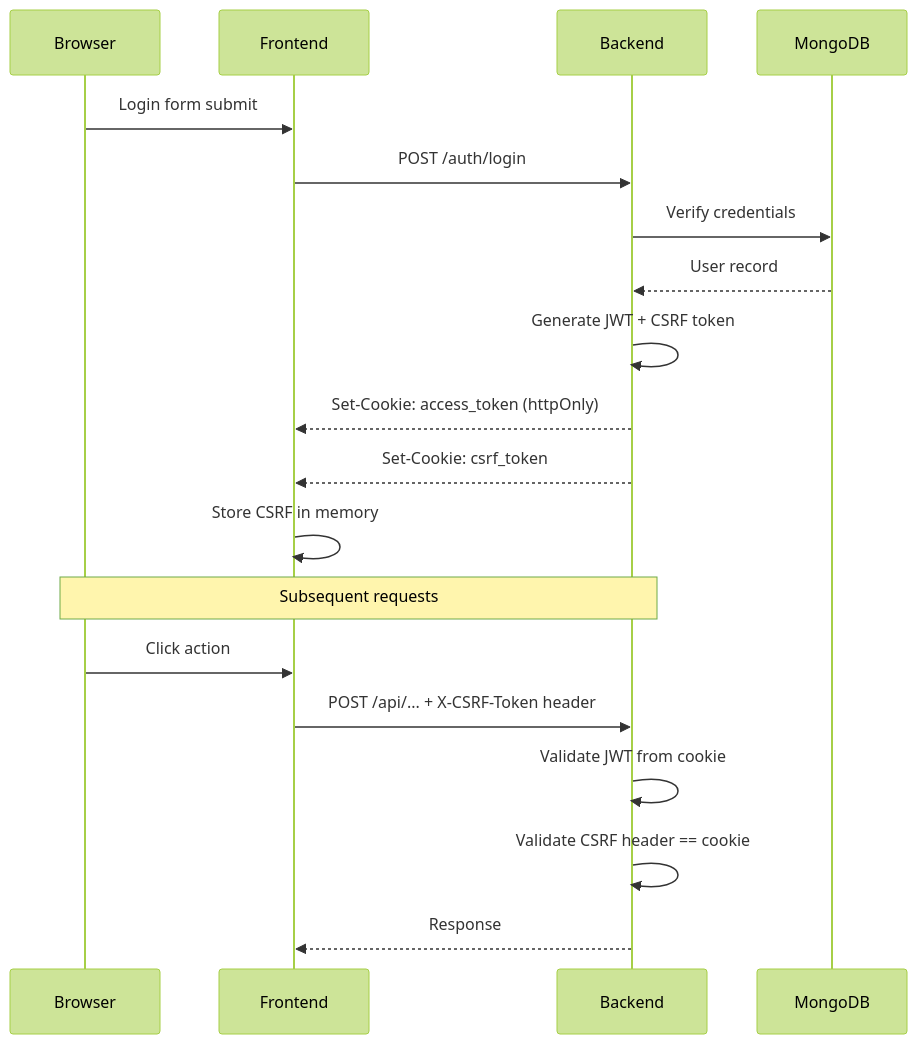
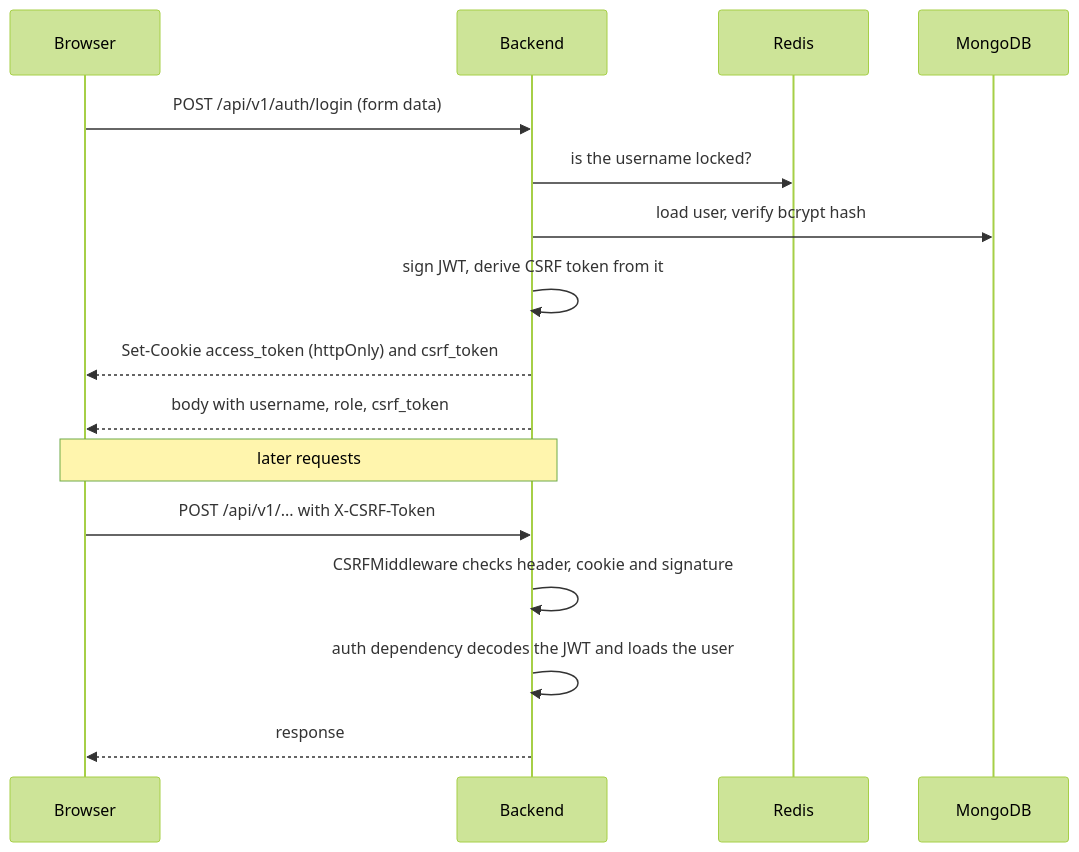
One commit to HardMax71/Integr8sCode changed the diagram in docs/architecture/authentication.md. Above: the diagram before and after it, drawn with Mermaid (forest theme). The commit also changed other lines of this file and 304 other files, not shown here.

````diff
--- a/docs/architecture/authentication.md
+++ b/docs/architecture/authentication.md
@@ -8,23 +5,20 @@
 ```mermaid
 sequenceDiagram
     participant Browser
-    participant Frontend
     participant Backend
+    participant Redis
     participant MongoDB
 
-    Browser->>Frontend: Login form submit
-    Frontend->>Backend: POST /auth/login
-    Backend->>MongoDB: Verify credentials
-    MongoDB-->>Backend: User record
-    Backend->>Backend: Generate JWT + CSRF token
-    Backend-->>Frontend: Set-Cookie: access_token (httpOnly)
-    Backend-->>Frontend: Set-Cookie: csrf_token
-    Frontend->>Frontend: Store CSRF in memory
+    Browser->>Backend: POST /api/v1/auth/login (form data)
+    Backend->>Redis: is the username locked?
+    Backend->>MongoDB: load user, verify bcrypt hash
+    Backend->>Backend: sign JWT, derive CSRF token from it
+    Backend-->>Browser: Set-Cookie access_token (httpOnly) and csrf_token
+    Backend-->>Browser: body with username, role, csrf_token
 
-    Note over Browser,Backend: Subsequent requests
-    Browser->>Frontend: Click action
-    Frontend->>Backend: POST /api/... + X-CSRF-Token header
-    Backend->>Backend: Validate JWT from cookie
-    Backend->>Backend: Validate CSRF header == cookie
-    Backend-->>Frontend: Response
+    Note over Browser,Backend: later requests
+    Browser->>Backend: POST /api/v1/... with X-CSRF-Token
+    Backend->>Backend: CSRFMiddleware checks header, cookie and signature
+    Backend->>Backend: auth dependency decodes the JWT and loads the user
+    Backend-->>Browser: response
 ```
````
